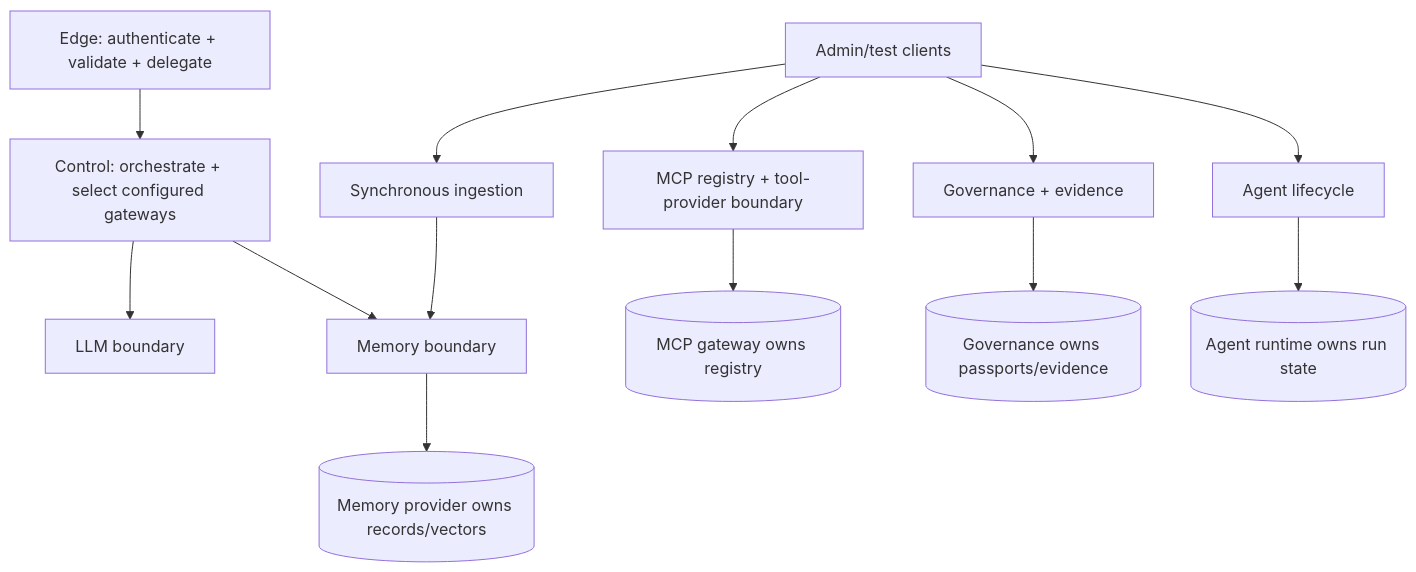
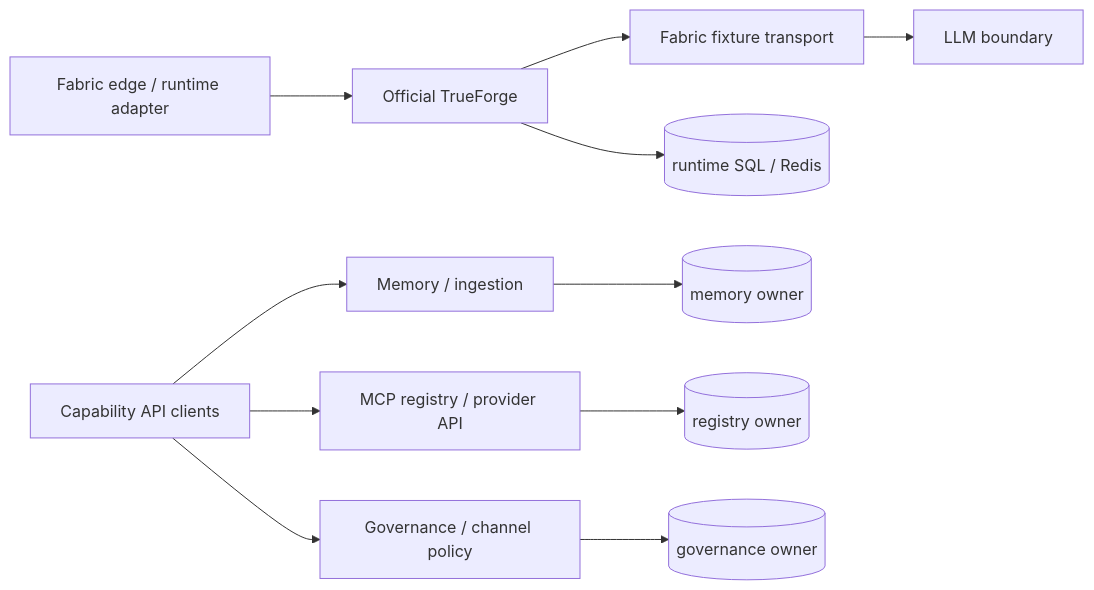
The diagram in docs/design/high-level/10-overall/04-component-breakdown.md (diaryfolio/aiops-fabric-docs), drawn with Mermaid before and after one commit. The commit also changed other lines of this file and 57 other files, not shown here.

````diff
--- a/docs/design/high-level/10-overall/04-component-breakdown.md
+++ b/docs/design/high-level/10-overall/04-component-breakdown.md
@@ -3,15 +9,12 @@
 ```mermaid
-flowchart TB
-    Edge["Edge: authenticate + validate + delegate"] --> Control["Control: orchestrate + select configured gateways"]
-    Control --> LLM["LLM boundary"]
-    Control --> Memory["Memory boundary"]
-    Admin["Admin/test clients"] --> MCP["MCP registry + tool-provider boundary"]
-    Admin --> Governance["Governance + evidence"]
-    Admin --> Agent["Agent lifecycle"]
-    Admin --> Ingestion["Synchronous ingestion"]
-    Memory --> MemoryOwner[("Memory provider owns records/vectors")]
-    MCP --> RegistryOwner[("MCP gateway owns registry")]
-    Governance --> GovernanceOwner[("Governance owns passports/evidence")]
-    Agent --> AgentOwner[("Agent runtime owns run state")]
-    Ingestion --> Memory
+flowchart LR
+    Edge["Fabric edge / runtime adapter"] --> TF["Official TrueForge"]
+    TF --> Transport["Fabric fixture transport"] --> LLM["LLM boundary"]
+    APIs["Capability API clients"] --> Memory["Memory / ingestion"]
+    APIs --> MCP["MCP registry / provider API"]
+    APIs --> Gov["Governance / channel policy"]
+    Memory --> MemoryOwner[("memory owner")]
+    MCP --> RegistryOwner[("registry owner")]
+    Gov --> GovernanceOwner[("governance owner")]
+    TF --> RuntimeOwner[("runtime SQL / Redis")]
 ```
````
